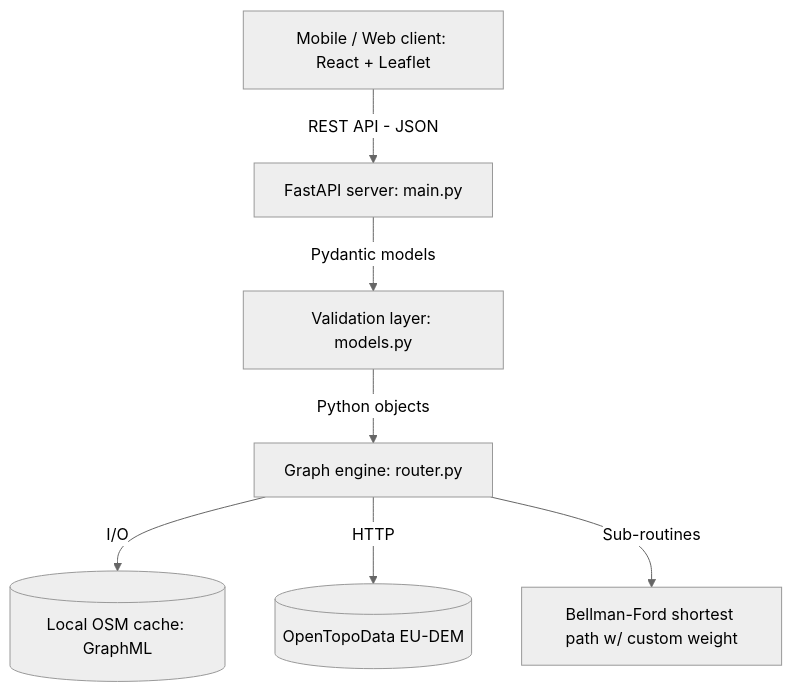
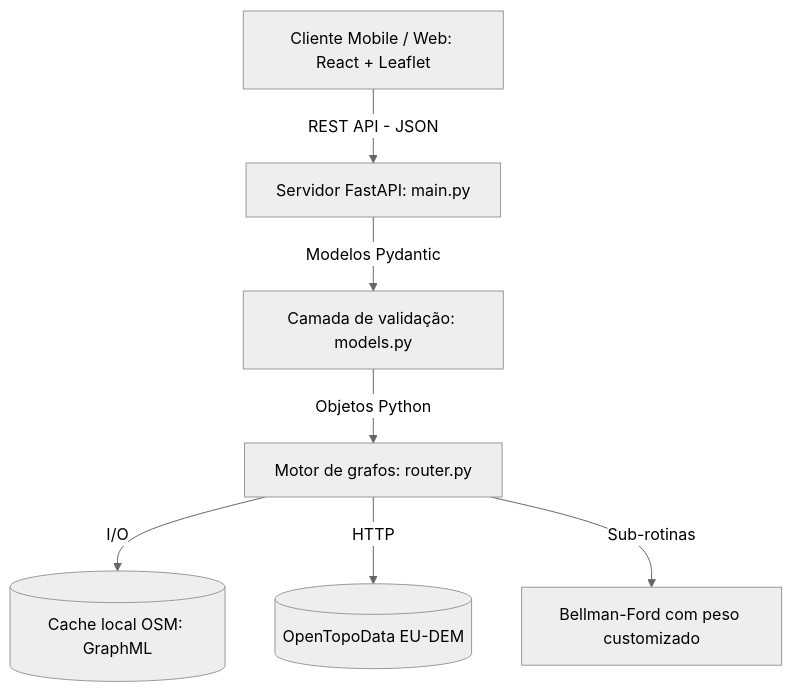
One commit to antoniosfnascimento/IPC changed the first of 3 diagrams in docs/documentacaoPlataforma/Especificacao_Desenvolvimento_App.md. Above: the diagram before and after it, drawn with Mermaid (neutral theme). The commit also changed other lines of this file and 24 other files, not shown here.

````diff
--- a/docs/documentacaoPlataforma/Especificacao_Desenvolvimento_App.md
+++ b/docs/documentacaoPlataforma/Especificacao_Desenvolvimento_App.md
@@ -23,9 +23,9 @@
 ```mermaid
 graph TD
-    Client[Mobile / Web client: React + Leaflet] -->|REST API - JSON| API[FastAPI server: main.py]
-    API -->|Pydantic models| Validator[Validation layer: models.py]
-    Validator -->|Python objects| Engine[Graph engine: router.py]
-    Engine -->|I/O| Disk[(Local OSM cache: GraphML)]
+    Client[Cliente Mobile / Web: React + Leaflet] -->|REST API - JSON| API[Servidor FastAPI: main.py]
+    API -->|Modelos Pydantic| Validator[Camada de validação: models.py]
+    Validator -->|Objetos Python| Engine[Motor de grafos: router.py]
+    Engine -->|I/O| Disk[(Cache local OSM: GraphML)]
     Engine -->|HTTP| Elev[(OpenTopoData EU-DEM)]
-    Engine -->|Sub-routines| Alg[Bellman-Ford shortest path w/ custom weight]
+    Engine -->|Sub-rotinas| Alg[Bellman-Ford com peso customizado]
 ```
````
